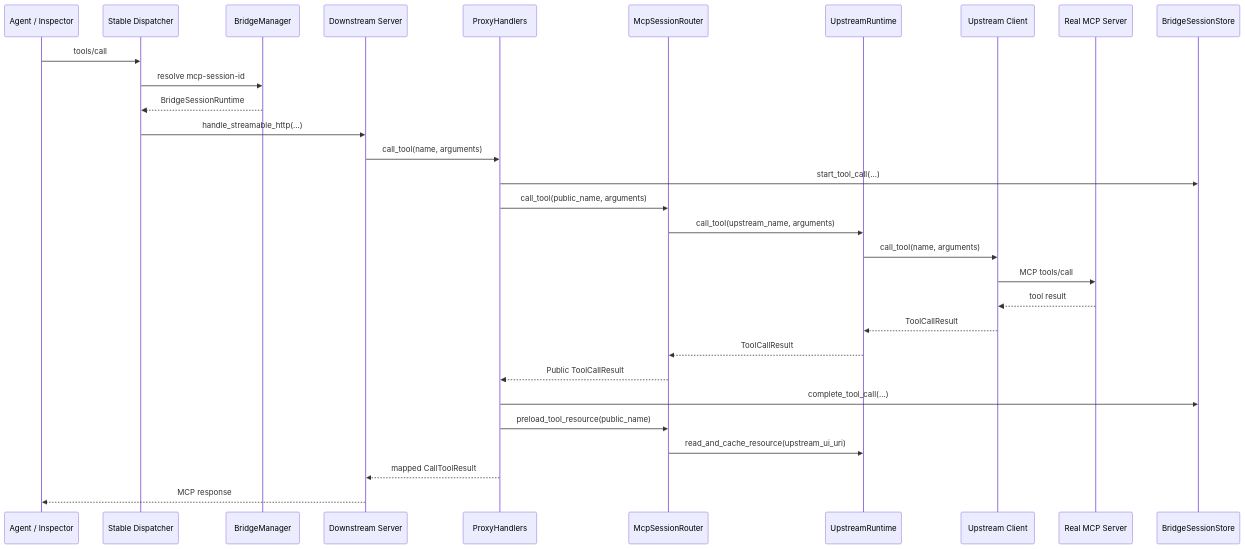
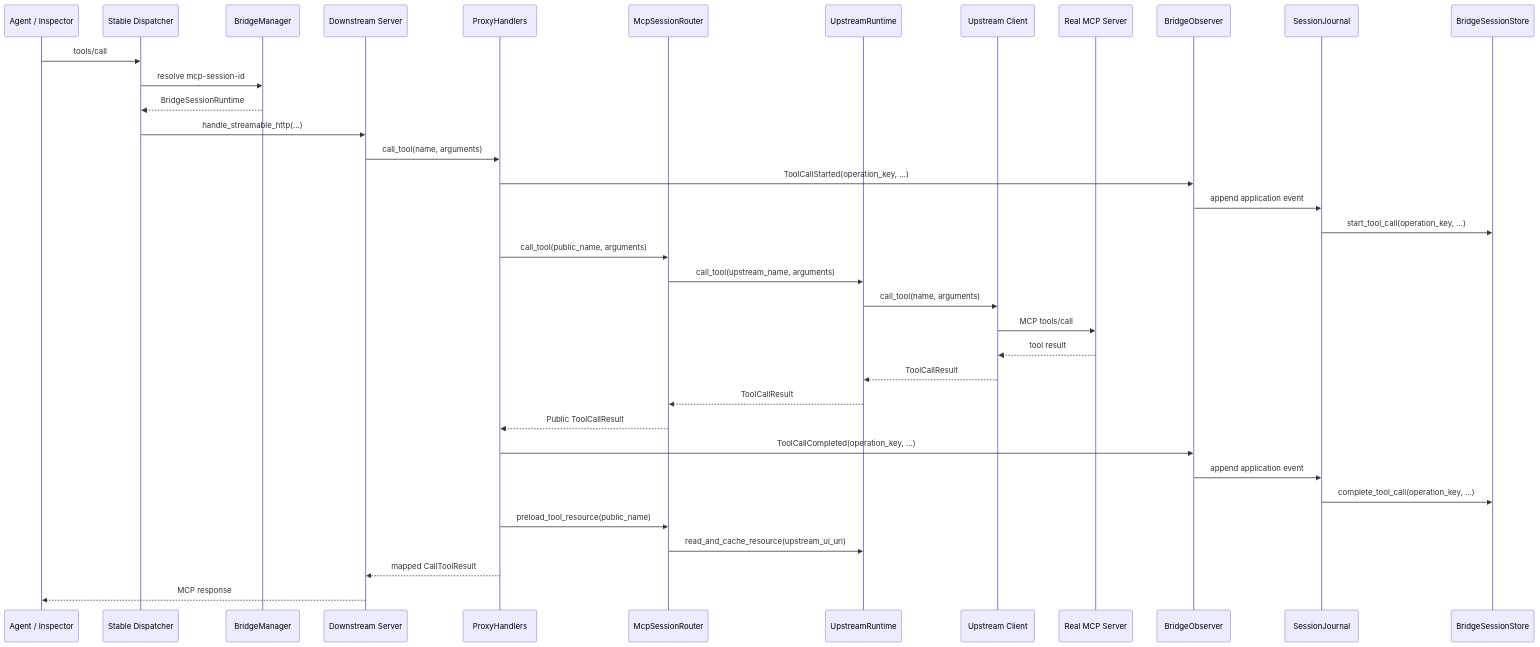
The third of 4 diagrams in docs/architecture/mcp-layer.md (JilongSun/mcpapps-bridge), drawn with Mermaid before and after one commit. The commit also changed other lines of this file and 30 other files, not shown here.

Commit message:
refactor(mcp): route bridge observations through session journal

````diff
--- a/docs/architecture/mcp-layer.md
+++ b/docs/architecture/mcp-layer.md
@@ -223,33 +227,39 @@
 ```mermaid
 sequenceDiagram
     participant Client as Agent / Inspector
     participant API as Stable Dispatcher
     participant Manager as BridgeManager
     participant DS as Downstream Server
     participant H as ProxyHandlers
     participant Router as McpSessionRouter
     participant RT as UpstreamRuntime
     participant UP as Upstream Client
     participant Real as Real MCP Server
+    participant Observer as BridgeObserver
+    participant Journal as SessionJournal
     participant Store as BridgeSessionStore
 
     Client->>API: tools/call
     API->>Manager: resolve mcp-session-id
     Manager-->>API: BridgeSessionRuntime
     API->>DS: handle_streamable_http(...)
     DS->>H: call_tool(name, arguments)
-    H->>Store: start_tool_call(...)
+    H->>Observer: ToolCallStarted(operation_key, ...)
+    Observer->>Journal: append application event
+    Journal->>Store: start_tool_call(operation_key, ...)
     H->>Router: call_tool(public_name, arguments)
     Router->>RT: call_tool(upstream_name, arguments)
     RT->>UP: call_tool(name, arguments)
     UP->>Real: MCP tools/call
     Real-->>UP: tool result
     UP-->>RT: ToolCallResult
     RT-->>Router: ToolCallResult
     Router-->>H: Public ToolCallResult
-    H->>Store: complete_tool_call(...)
+    H->>Observer: ToolCallCompleted(operation_key, ...)
+    Observer->>Journal: append application event
+    Journal->>Store: complete_tool_call(operation_key, ...)
     H->>Router: preload_tool_resource(public_name)
     Router->>RT: read_and_cache_resource(upstream_ui_uri)
     H-->>DS: mapped CallToolResult
     DS-->>Client: MCP response
 ```
````
